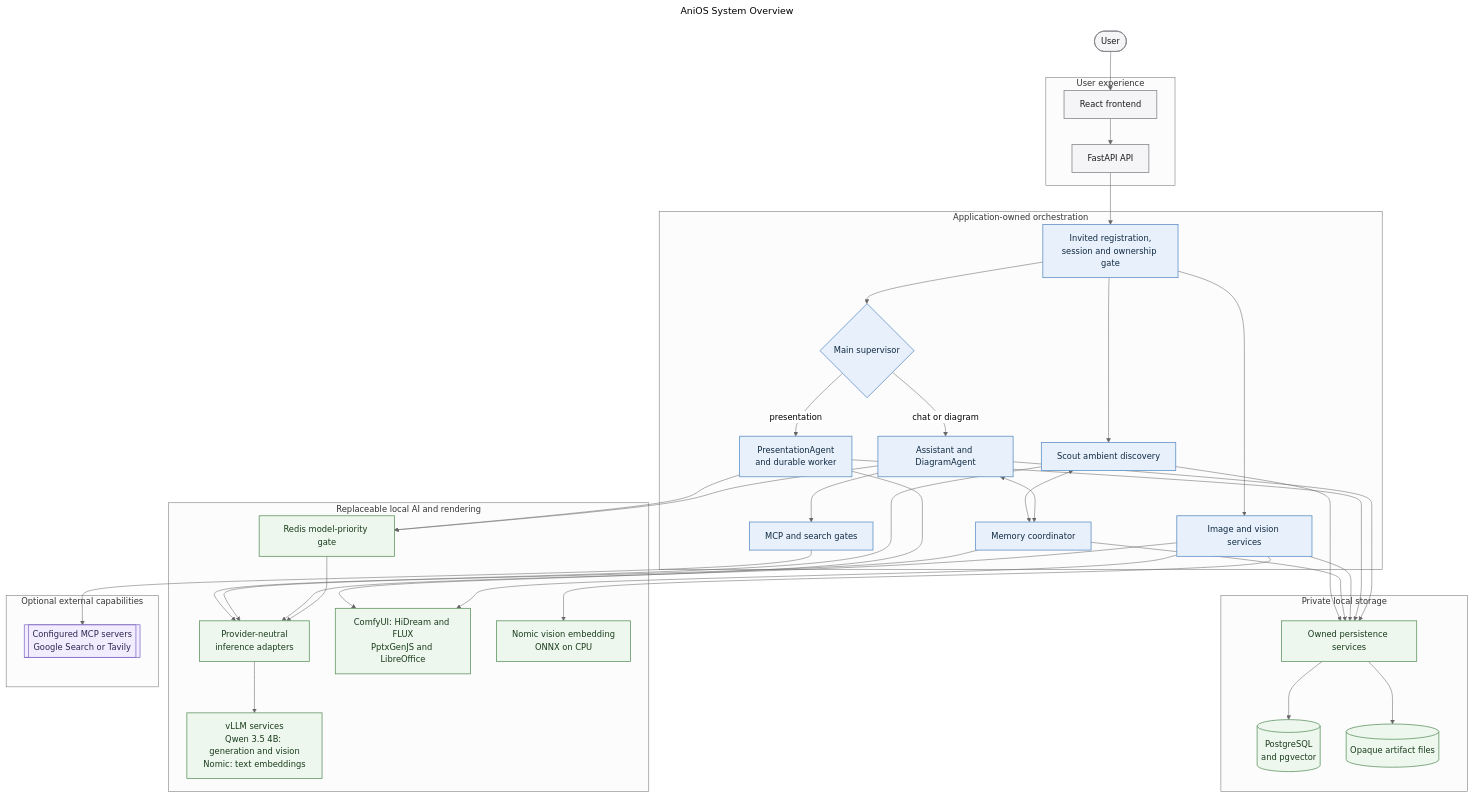
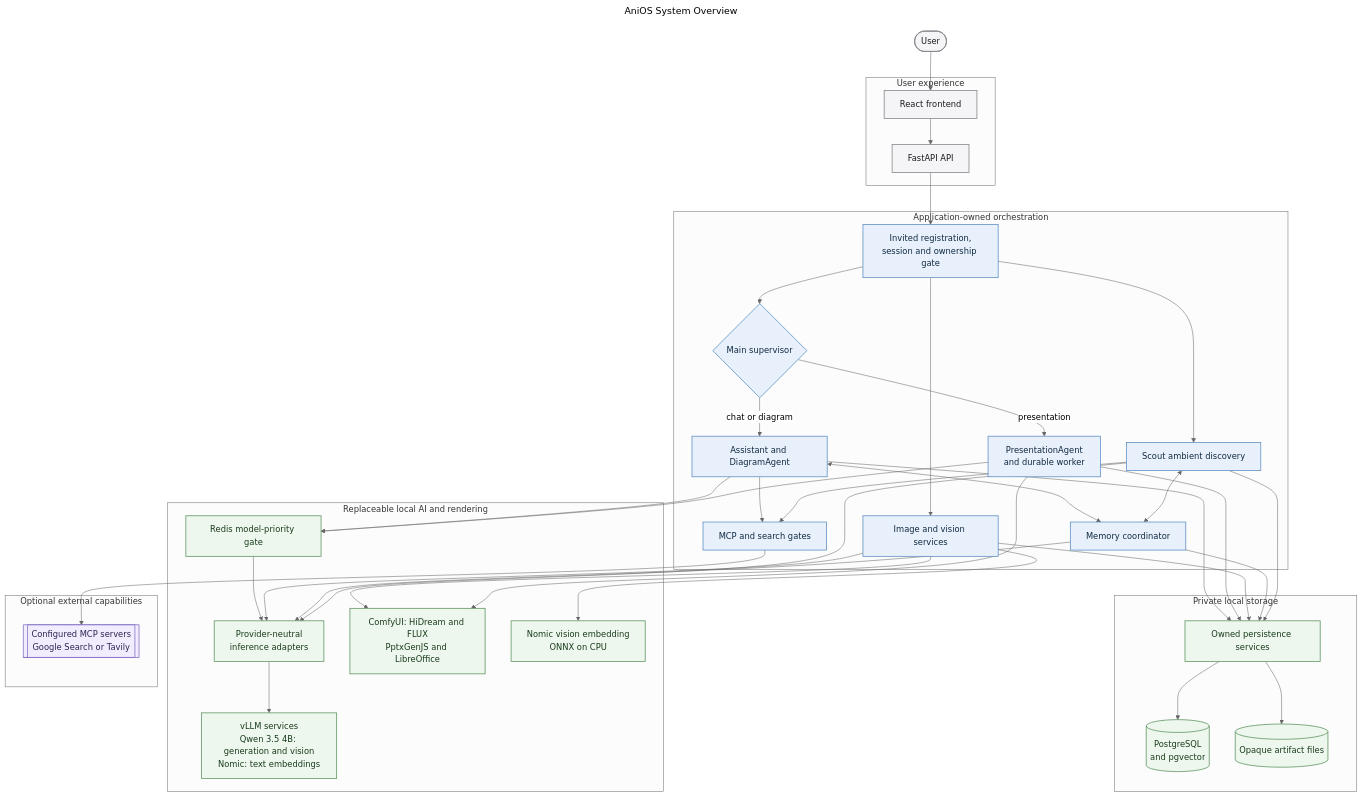
One commit to MallyaAni/PersonalAssistant changed the diagram in docs/diagrams/anios-system.mmd. Above: the diagram before and after it, drawn with Mermaid (neutral theme). The commit also changed 48 other files, not shown here.

```diff
--- a/docs/diagrams/anios-system.mmd
+++ b/docs/diagrams/anios-system.mmd
@@ -1,79 +1,80 @@
 ---
 title: AniOS System Overview
 ---
 flowchart TB
     User([User])
 
     subgraph Experience[User experience]
         Frontend[React frontend]
         API[FastAPI API]
         Frontend --> API
     end
 
     subgraph Orchestration[Application-owned orchestration]
         Identity[Invited registration,<br/>session and ownership gate]
         Supervisor{Main supervisor}
         Conversation[Assistant and DiagramAgent]
         Presentation[PresentationAgent<br/>and durable worker]
         Memory[Memory coordinator]
         Discovery[Scout ambient discovery]
         Visual[Image and vision services]
         Tools[MCP and search gates]
     end
 
     subgraph LocalAI[Replaceable local AI and rendering]
         ModelGate[Redis model-priority gate]
         Inference[Provider-neutral<br/>inference adapters]
         VLLM[vLLM services<br/>Qwen 3.5 4B: generation and vision<br/>Nomic: text embeddings]
         Media[ComfyUI: HiDream and FLUX<br/>PptxGenJS and LibreOffice]
         VisionEmbed[Nomic vision embedding<br/>ONNX on CPU]
     end
 
     subgraph Storage[Private local storage]
         Repositories[Owned persistence services]
         Database[(PostgreSQL<br/>and pgvector)]
         Files[(Opaque artifact files)]
         Repositories --> Database
         Repositories --> Files
     end
 
     subgraph External[Optional external capabilities]
         Integrations[[Configured MCP servers<br/>Google Search or Tavily]]
     end
 
     User --> Frontend
     API --> Identity --> Supervisor
     Supervisor -->|chat or diagram| Conversation
     Supervisor -->|presentation| Presentation
     Identity --> Visual
     Identity --> Discovery
     Conversation <--> Memory
     Discovery <--> Memory
 
     Conversation --> Tools --> Integrations
+    Discovery --> Tools
 
     Conversation --> ModelGate
     Presentation --> ModelGate
     ModelGate --> Inference
     Visual --> Inference
     Memory --> Inference
     Discovery --> Inference
     Inference --> VLLM
     Visual --> Media
     Visual --> VisionEmbed
     Presentation --> Media
 
     Conversation --> Repositories
     Presentation --> Repositories
     Visual --> Repositories
     Memory --> Repositories
     Discovery --> Repositories
 
     classDef interface fill:#f5f5f7,stroke:#86868b,color:#1d1d1f,stroke-width:1.5px;
     classDef application fill:#e8f1fb,stroke:#5e8fc4,color:#102a43,stroke-width:1.5px;
     classDef infrastructure fill:#eef7ee,stroke:#5f9562,color:#183b1b,stroke-width:1.5px;
     classDef external fill:#f1edff,stroke:#8872c6,color:#2e2450,stroke-width:1.5px;
     class User,Frontend,API interface;
     class Identity,Supervisor,Conversation,Presentation,Memory,Discovery,Visual,Tools application;
     class ModelGate,Inference,VLLM,Media,VisionEmbed,Repositories,Database,Files infrastructure;
     class Integrations external;
```
